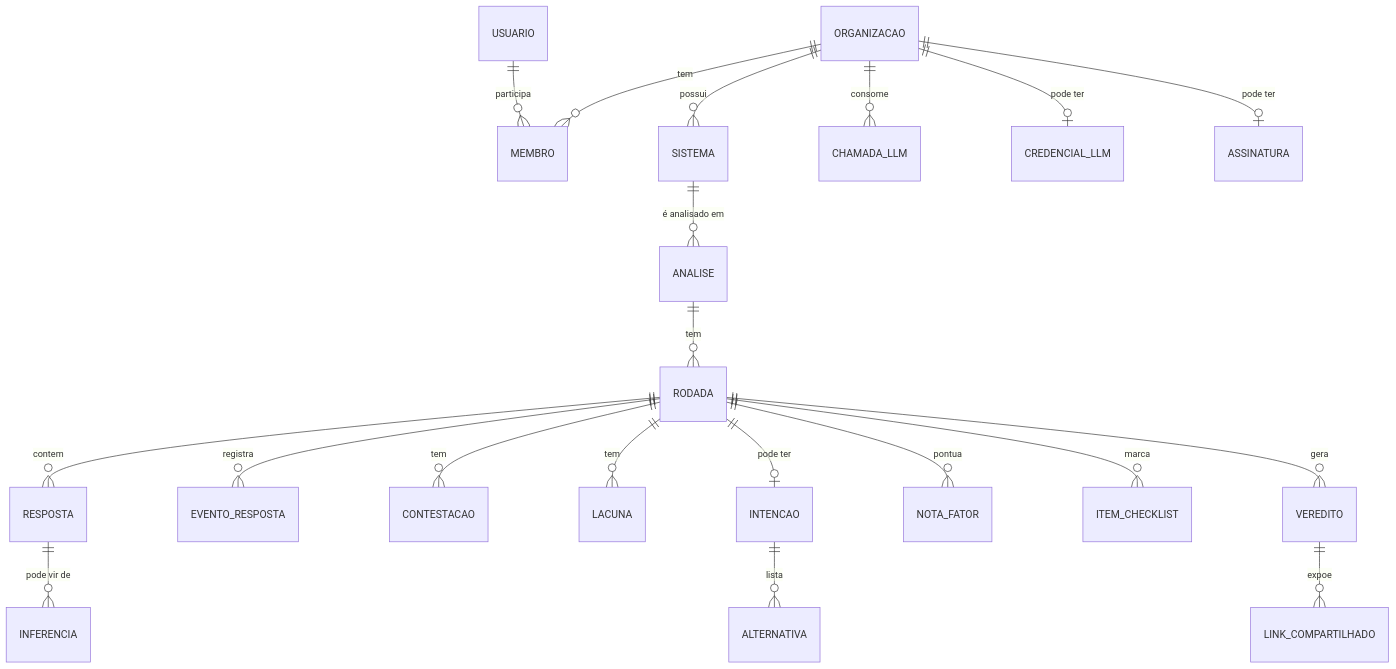
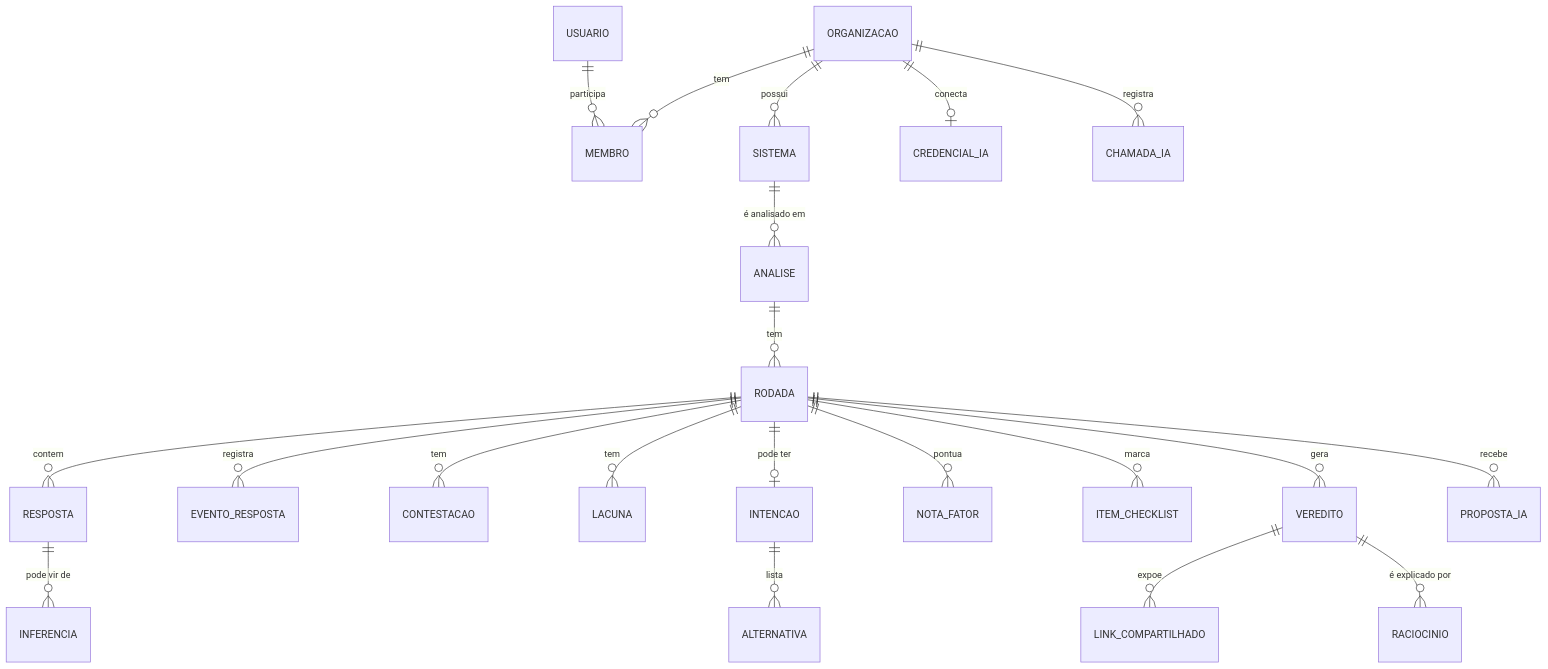
One commit to RecheEduardo/stacksync changed the seventh of 8 diagrams in StackSync - Parte 4 Arquitetura e planejamento técnico.md. Above: the diagram before and after it, drawn with Mermaid. The commit also changed other lines of this file, not shown here.

````diff
--- a/StackSync - Parte 4 Arquitetura e planejamento técnico.md
+++ b/StackSync - Parte 4 Arquitetura e planejamento técnico.md
@@ -910,22 +941,23 @@
 ```mermaid
 erDiagram
   ORGANIZACAO ||--o{ MEMBRO : tem
   USUARIO ||--o{ MEMBRO : participa
   ORGANIZACAO ||--o{ SISTEMA : possui
   SISTEMA ||--o{ ANALISE : "é analisado em"
   ANALISE ||--o{ RODADA : tem
   RODADA ||--o{ RESPOSTA : contem
   RODADA ||--o{ EVENTO_RESPOSTA : registra
   RESPOSTA ||--o{ INFERENCIA : "pode vir de"
   RODADA ||--o{ CONTESTACAO : tem
   RODADA ||--o{ LACUNA : tem
   RODADA ||--o| INTENCAO : "pode ter"
   INTENCAO ||--o{ ALTERNATIVA : lista
   RODADA ||--o{ NOTA_FATOR : pontua
   RODADA ||--o{ ITEM_CHECKLIST : marca
   RODADA ||--o{ VEREDITO : gera
   VEREDITO ||--o{ LINK_COMPARTILHADO : expoe
-  ORGANIZACAO ||--o{ CHAMADA_LLM : consome
-  ORGANIZACAO ||--o| CREDENCIAL_LLM : "pode ter"
-  ORGANIZACAO ||--o| ASSINATURA : "pode ter"
+  VEREDITO ||--o{ RACIOCINIO : "é explicado por"
+  RODADA ||--o{ PROPOSTA_IA : recebe
+  ORGANIZACAO ||--o| CREDENCIAL_IA : "conecta"
+  ORGANIZACAO ||--o{ CHAMADA_IA : registra
 ```
````
